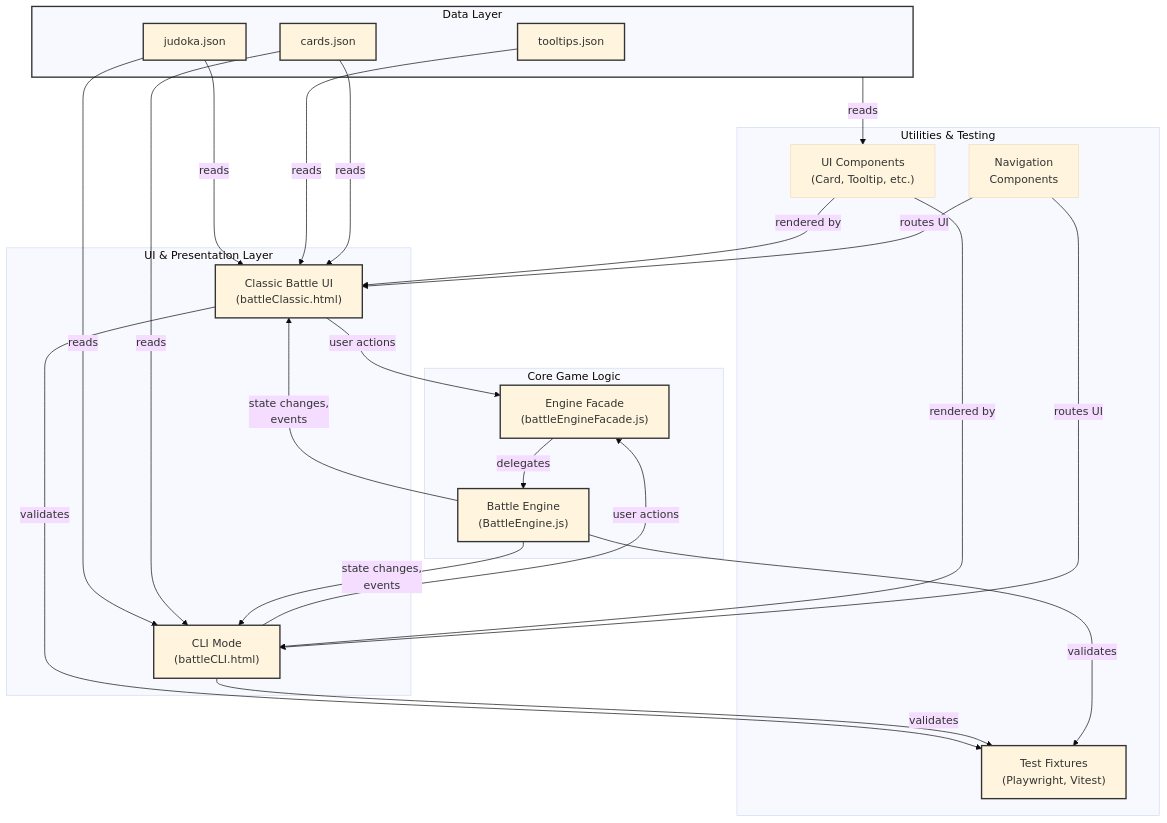
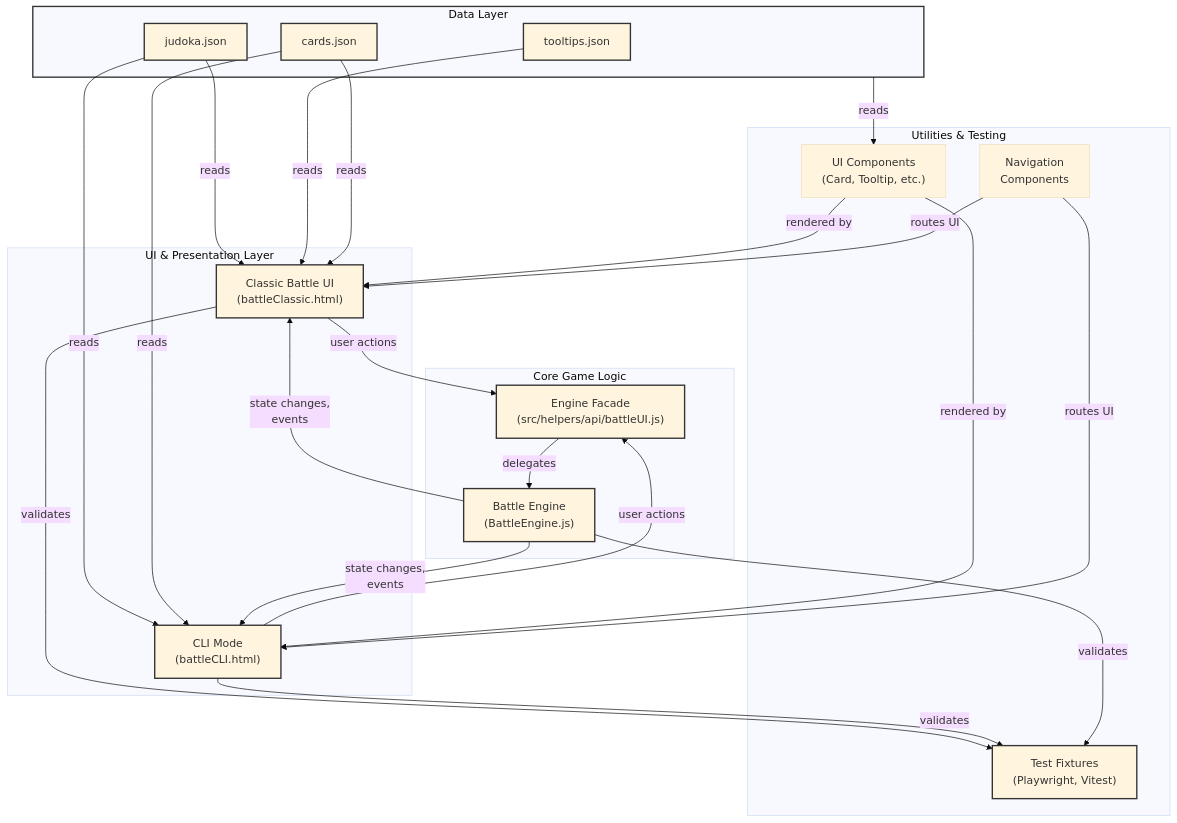
The diagram in design/productRequirementsDocuments/prdArchitecture.md (CyanAutomation/judokon), drawn with Mermaid (base theme) before and after one commit. The commit also changed other lines of this file and 5 other files, not shown here.

Commit message:
docs: update diagram verification dates and clarify implementation details across multiple PRDs

````diff
--- a/design/productRequirementsDocuments/prdArchitecture.md
+++ b/design/productRequirementsDocuments/prdArchitecture.md
@@ -19,66 +21,66 @@
 ```mermaid
 flowchart TB
     subgraph UI["UI & Presentation Layer"]
         CBattle["Classic Battle UI<br/>(battleClassic.html)"]
         CLI["CLI Mode<br/>(battleCLI.html)"]
     end
 
     subgraph Core["Core Game Logic"]
         Engine["Battle Engine<br/>(BattleEngine.js)"]
-        Facade["Engine Facade<br/>(battleEngineFacade.js)"]
+        Facade["Engine Facade<br/>(src/helpers/api/battleUI.js)"]
     end
 
     subgraph Data["Data Layer"]
         Judoka["judoka.json"]
         Tooltips["tooltips.json"]
         Cards["cards.json"]
     end
 
     subgraph Utils["Utilities & Testing"]
         Nav["Navigation<br/>Components"]
         Comp["UI Components<br/>(Card, Tooltip, etc.)"]
         Test["Test Fixtures<br/>(Playwright, Vitest)"]
     end
 
     %% Data flow to UI
     Judoka -->|reads| CBattle
     Judoka -->|reads| CLI
     Tooltips -->|reads| CBattle
     Cards -->|reads| CBattle
     Cards -->|reads| CLI
 
     %% UI to Facade to Engine
     CBattle -->|user actions| Facade
     CLI -->|user actions| Facade
     Facade -->|delegates| Engine
 
     %% Engine emits events back
     Engine -->|state changes,<br/>events| CBattle
     Engine -->|state changes,<br/>events| CLI
 
     %% Components use data
     Data -->|reads| Comp
     Comp -->|rendered by| CBattle
     Comp -->|rendered by| CLI
 
     %% Navigation
     Nav -->|routes UI| CBattle
     Nav -->|routes UI| CLI
 
     %% Testing
     CBattle -->|validates| Test
     CLI -->|validates| Test
     Engine -->|validates| Test
 
     %% Styling
     classDef engine fill:#lightgreen,stroke:#333,stroke-width:2px
     classDef ui fill:#lightblue,stroke:#333,stroke-width:2px
     classDef data fill:#lightyellow,stroke:#333,stroke-width:2px
     classDef test fill:#lightgray,stroke:#333,stroke-width:2px
     classDef ai fill:#lightcyan,stroke:#333,stroke-width:2px
 
     class Engine,Facade engine
     class CBattle,CLI ui
     class Judoka,Tooltips,Cards,Data data
     class Test test
 ```
````
